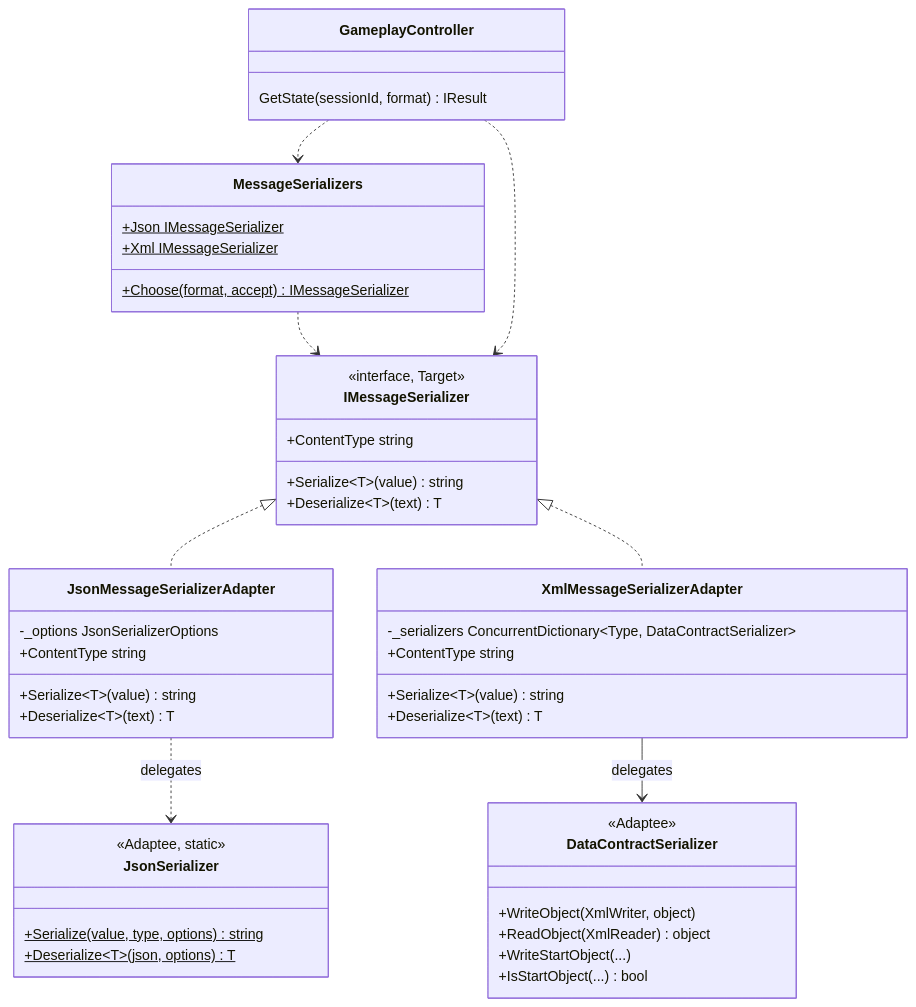
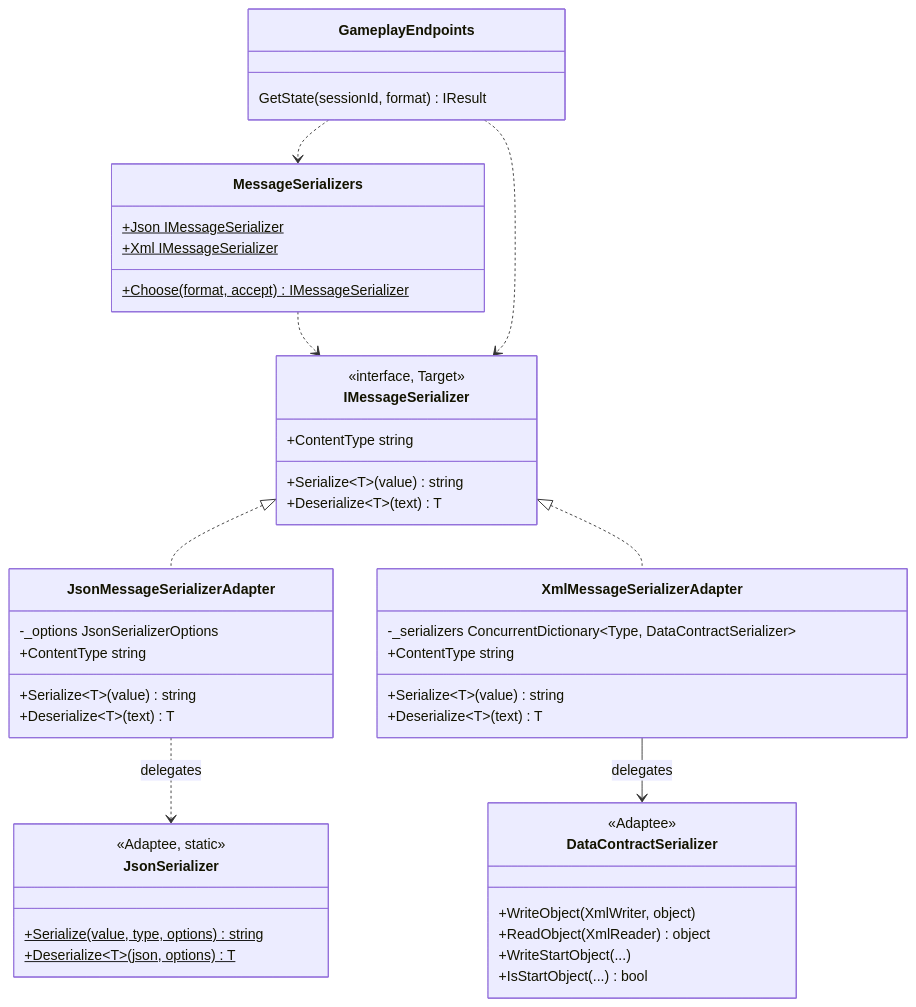
The second of 2 diagrams in docs/patterns/Adapter.md (YoBoyJonas/OPP), drawn with Mermaid before and after one commit. The commit also changed other lines of this file and 94 other files, not shown here.

````diff
--- a/docs/patterns/Adapter.md
+++ b/docs/patterns/Adapter.md
@@ -52,48 +51,48 @@
 ```mermaid
 classDiagram
     class IMessageSerializer {
         <<interface, Target>>
         +ContentType string
         +Serialize~T~(value) string
         +Deserialize~T~(text) T
     }
     class JsonMessageSerializerAdapter {
         -_options JsonSerializerOptions
         +ContentType string
         +Serialize~T~(value) string
         +Deserialize~T~(text) T
     }
     class XmlMessageSerializerAdapter {
         -_serializers ConcurrentDictionary~Type, DataContractSerializer~
         +ContentType string
         +Serialize~T~(value) string
         +Deserialize~T~(text) T
     }
     class JsonSerializer {
         <<Adaptee, static>>
         +Serialize(value, type, options) string$
         +Deserialize~T~(json, options) T$
     }
     class DataContractSerializer {
         <<Adaptee>>
         +WriteObject(XmlWriter, object)
         +ReadObject(XmlReader) object
         +WriteStartObject(...)
         +IsStartObject(...) bool
     }
     class MessageSerializers {
         +Json IMessageSerializer$
         +Xml IMessageSerializer$
         +Choose(format, accept) IMessageSerializer$
     }
-    class GameplayController {
+    class GameplayEndpoints {
         GetState(sessionId, format) IResult
     }
     IMessageSerializer <|.. JsonMessageSerializerAdapter
     IMessageSerializer <|.. XmlMessageSerializerAdapter
     JsonMessageSerializerAdapter ..> JsonSerializer : delegates
     XmlMessageSerializerAdapter --> DataContractSerializer : delegates
     MessageSerializers ..> IMessageSerializer
-    GameplayController ..> MessageSerializers
-    GameplayController ..> IMessageSerializer
+    GameplayEndpoints ..> MessageSerializers
+    GameplayEndpoints ..> IMessageSerializer
 ```
````
